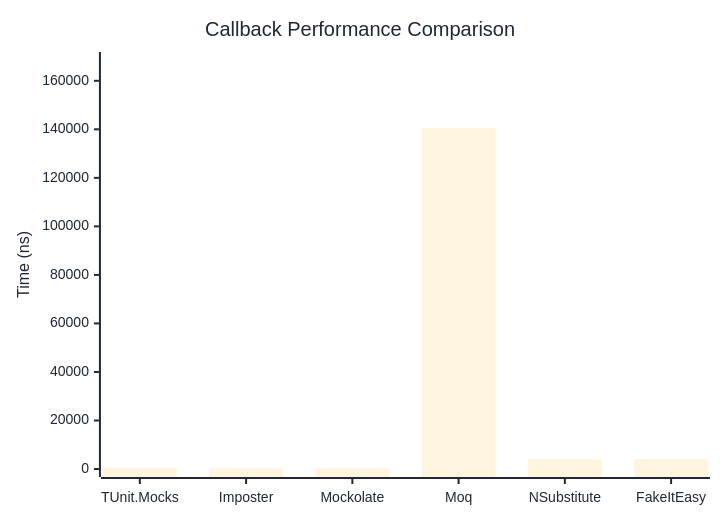
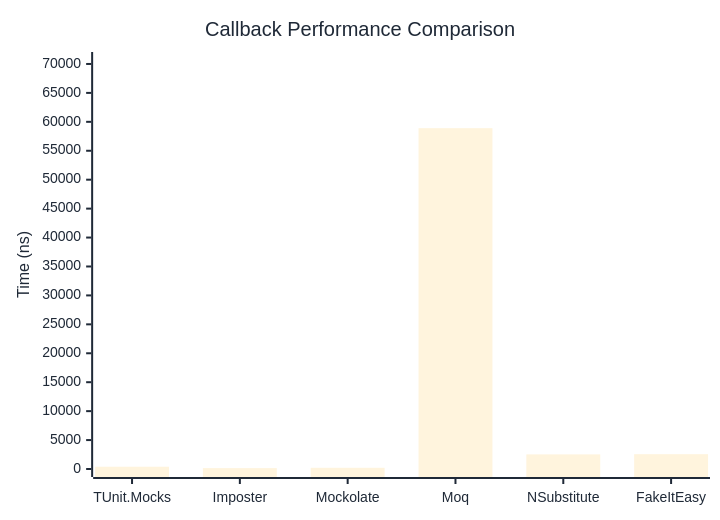
One commit to thomhurst/TUnit changed the first of 2 diagrams in docs/docs/benchmarks/mocks/Callback.md. Above: the diagram before and after it, drawn with Mermaid. The commit also changed other lines of this file and 14 other files, not shown here.

````diff
--- a/docs/docs/benchmarks/mocks/Callback.md
+++ b/docs/docs/benchmarks/mocks/Callback.md
@@ -30,27 +30,27 @@
 ```mermaid
 %%{init: {
   'theme':'base',
   'themeVariables': {
     'primaryColor': '#2563eb',
     'primaryTextColor': '#1f2937',
     'primaryBorderColor': '#1e40af',
     'lineColor': '#6b7280',
     'secondaryColor': '#7c3aed',
     'tertiaryColor': '#dc2626',
     'background': '#ffffff',
     'pie1': '#2563eb',
     'pie2': '#7c3aed',
     'pie3': '#dc2626',
     'pie4': '#f59e0b',
     'pie5': '#10b981',
     'pie6': '#06b6d4',
     'pie7': '#ec4899',
     'pie8': '#6366f1'
   }
 }}%%
 xychart-beta
   title "Callback Performance Comparison"
   x-axis ["TUnit.Mocks", "Imposter", "Mockolate", "Moq", "NSubstitute", "FakeItEasy"]
-  y-axis "Time (ns)" 0 --> 168574
-  bar [566.2, 246.1, 297.8, 140478.3, 4150.5, 4091.6]
+  y-axis "Time (ns)" 0 --> 70685
+  bar [390.9, 156.6, 207, 58903.4, 2522.8, 2559.4]
 ```
````
